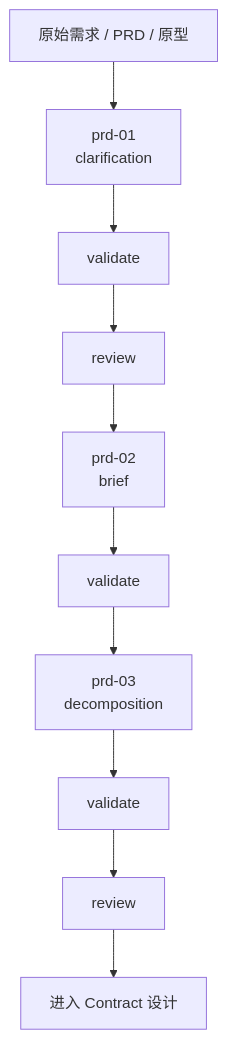
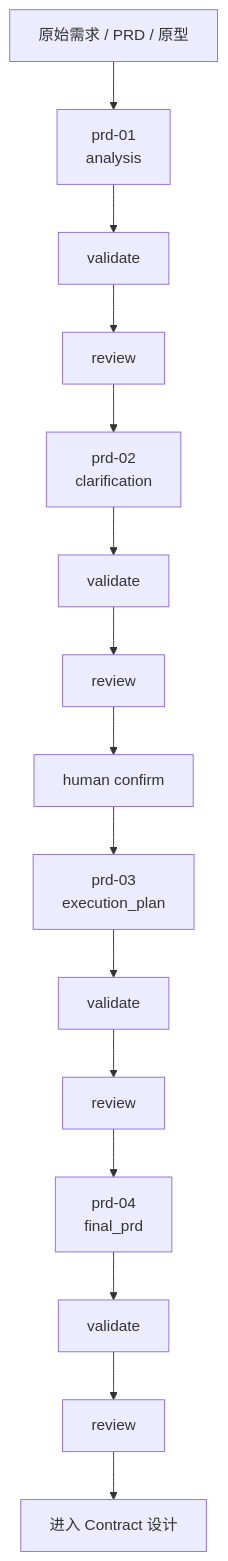
One commit to Jancy0713/archetype-admin-path changed the second of 2 diagrams in docs/WORKFLOW_FLOW_OVERVIEW.md. Above: the diagram before and after it, drawn with Mermaid. The commit also changed 77 other files, not shown here.

````diff
--- a/docs/WORKFLOW_FLOW_OVERVIEW.md
+++ b/docs/WORKFLOW_FLOW_OVERVIEW.md
@@ -46,12 +46,17 @@
 ```mermaid
 flowchart TD
-    A["原始需求 / PRD / 原型"] --> P01["prd-01<br/>clarification"]
+    A["原始需求 / PRD / 原型"] --> P01["prd-01<br/>analysis"]
     P01 --> P01V["validate"]
     P01V --> P01R["review"]
-    P01R --> P02["prd-02<br/>brief"]
+    P01R --> P02["prd-02<br/>clarification"]
     P02 --> P02V["validate"]
-    P02V --> P03["prd-03<br/>decomposition"]
+    P02V --> P02R["review"]
+    P02R --> P02H["human confirm"]
+    P02H --> P03["prd-03<br/>execution_plan"]
     P03 --> P03V["validate"]
     P03V --> P03R["review"]
-    P03R --> P04["进入 Contract 设计"]
+    P03R --> P04["prd-04<br/>final_prd"]
+    P04 --> P04V["validate"]
+    P04V --> P04R["review"]
+    P04R --> P05["进入 Contract 设计"]
 ```
````
